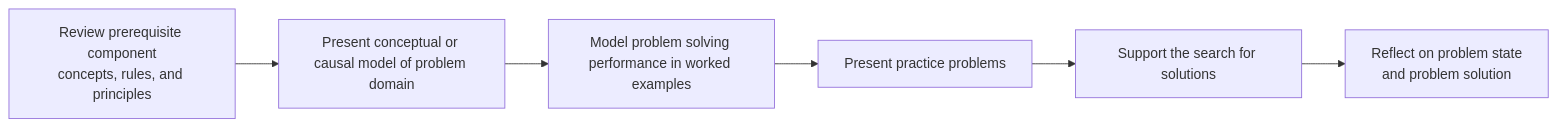
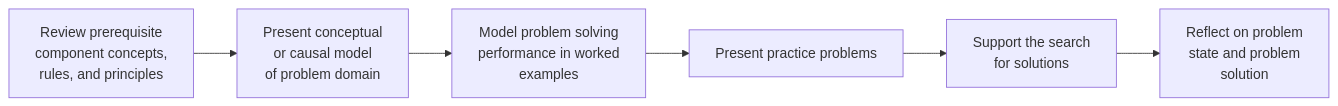
One commit to Standards-and-Practices/Structured-Rapid-Development changed the diagram in experiences/problems/WellStructuredProblem.md. Above: the diagram before and after it, drawn with Mermaid.

Commit message:
Fix line breaks.

````diff
--- a/experiences/problems/WellStructuredProblem.md
+++ b/experiences/problems/WellStructuredProblem.md
@@ -5,8 +5,8 @@
 ```mermaid
   flowchart LR;
-      A[Review prerequisite component<br/>concepts, rules, and principles]-->B[Present conceptual or <br/>causal model of problem domain];
-      B[Present conceptual or <br/>causal model of problem domain]-->C[Model problem solving <br/>performance in worked examples];
-      C[Model problem solving <br/>performance in worked examples]-->D[Present practice problems];
-      D[Present practice problems]-->E[Support the search for solutions];
-      E[Support the search for solutions]-->F[Reflect on problem state <br/>and problem solution];
+      A[Review prerequisite<br/>component concepts,<br/>rules, and principles]-->B[Present conceptual<br/>or causal model<br/>of problem domain];
+      B[Present conceptual<br/>or causal model<br/>of problem domain]-->C[Model problem solving<br/>performance in worked<br/>examples];
+      C[Model problem solving<br/>performance in worked<br/>examples]-->D[Present practice problems];
+      D[Present practice problems]-->E[Support the search<br/>for solutions];
+      E[Support the search<br/>for solutions]-->F[Reflect on problem<br/>state and problem<br/>solution];
 ```
````
